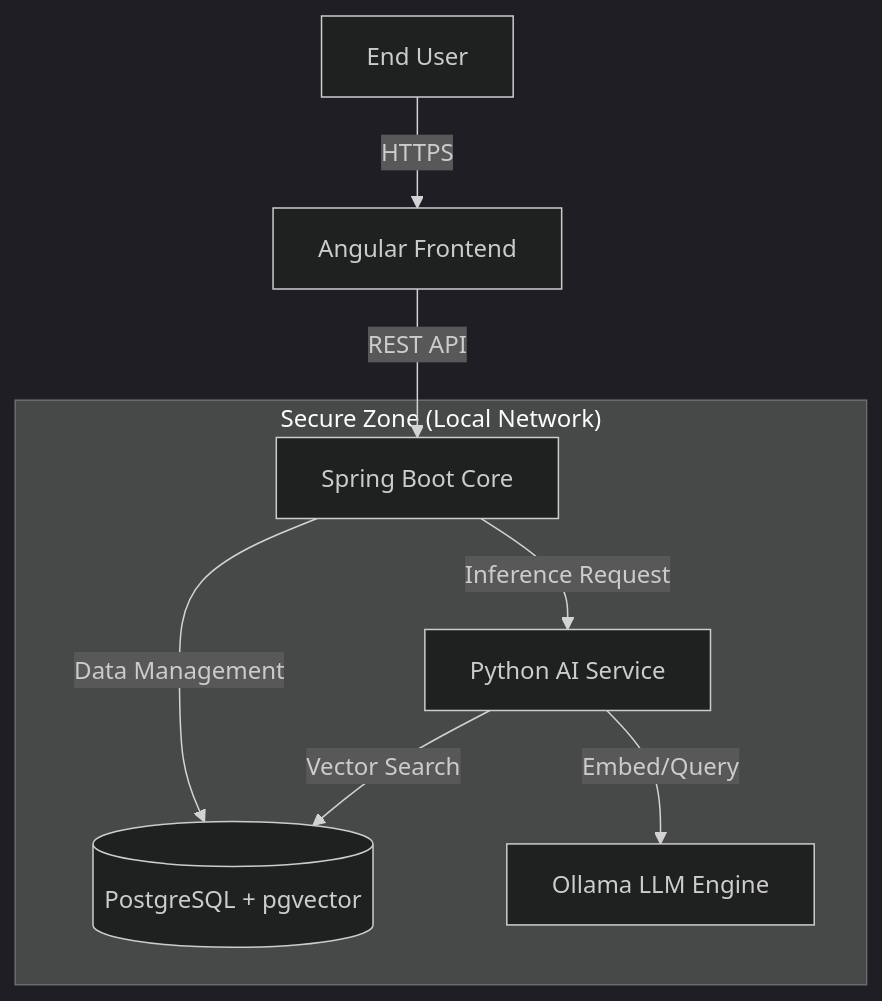
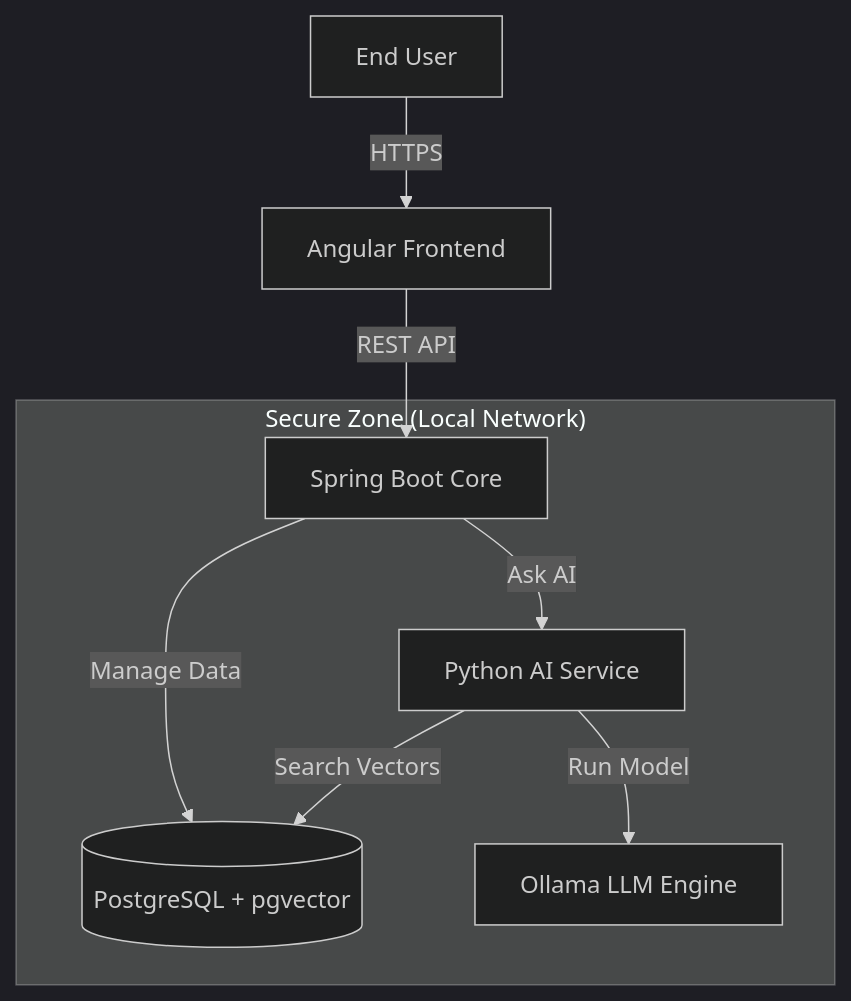
Before and after one commit to m4rc0z/securedoc-project: the diagram in README.md, drawn with Mermaid (dark theme). The commit also changed other lines of this file, not shown here.

````diff
--- a/README.md
+++ b/README.md
@@ -16,12 +16,12 @@
 ```mermaid
 graph TD
     User[End User] -->|HTTPS| Frontend[Angular Frontend]
     Frontend -->|REST API| Backend[Spring Boot Core]
     
     subgraph "Secure Zone (Local Network)"
-        Backend -->|Data Management| DB[(PostgreSQL + pgvector)]
-        Backend -->|Inference Request| AIService[Python AI Service]
-        AIService -->|Embed/Query| Ollama[Ollama LLM Engine]
-        AIService -->|Vector Search| DB
+        Backend -->|Manage Data| DB[(PostgreSQL + pgvector)]
+        Backend -->|Ask AI| AIService[Python AI Service]
+        AIService -->|Run Model| Ollama[Ollama LLM Engine]
+        AIService -->|Search Vectors| DB
     end
 ```
````
